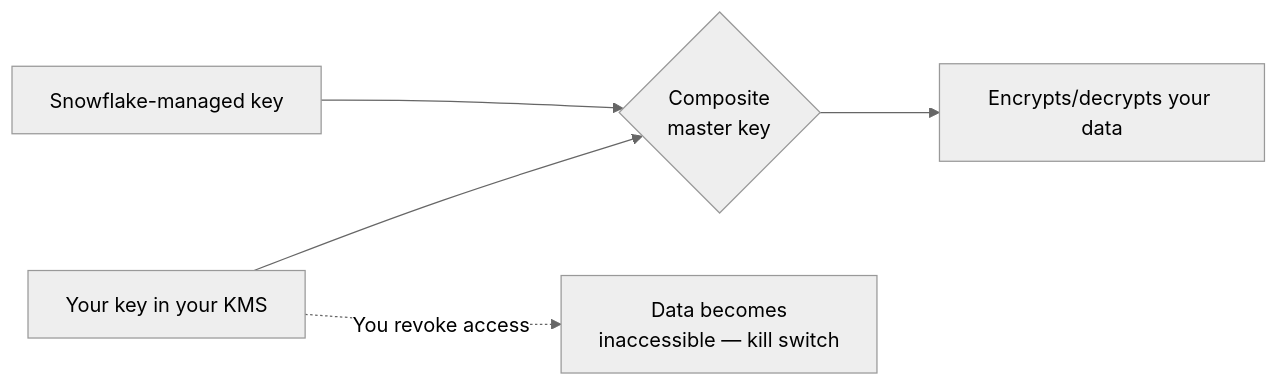
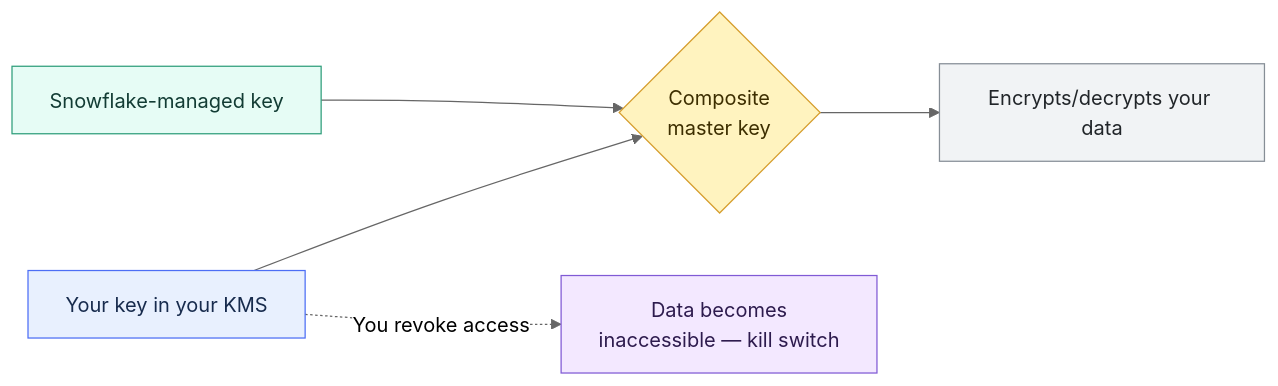
One commit to shonningsoy/Upskill changed the diagram in 01 Snowflake/03 Security and Governance/17 Tri-Secret Secure and Customer-Managed Keys.md. Above: the diagram before and after it, drawn with Mermaid (neutral theme). The commit also changed other lines of this file and 7 other files, not shown here.

````diff
--- a/01 Snowflake/03 Security and Governance/17 Tri-Secret Secure and Customer-Managed Keys.md
+++ b/01 Snowflake/03 Security and Governance/17 Tri-Secret Secure and Customer-Managed Keys.md
@@ -63,7 +65,19 @@
 ```mermaid
 flowchart LR
     A[Snowflake-managed key] --> C{Composite<br/>master key}
     B[Your key in your KMS] --> C
     C --> D[Encrypts/decrypts your data]
     B -.->|You revoke access| E[Data becomes<br/>inaccessible — kill switch]
+
+    classDef input fill:#E8F0FE,stroke:#4C6EF5,color:#172B4D
+    classDef control fill:#FFF3BF,stroke:#D69E2E,color:#3D2E00
+    classDef snowflake fill:#E6FCF5,stroke:#2F9E7B,color:#123C34
+    classDef platform fill:#F1F3F5,stroke:#868E96,color:#212529
+    classDef output fill:#F3E8FF,stroke:#805AD5,color:#2D1B4E
+
+    class A snowflake
+    class B input
+    class C control
+    class D platform
+    class E output
 ```
````
